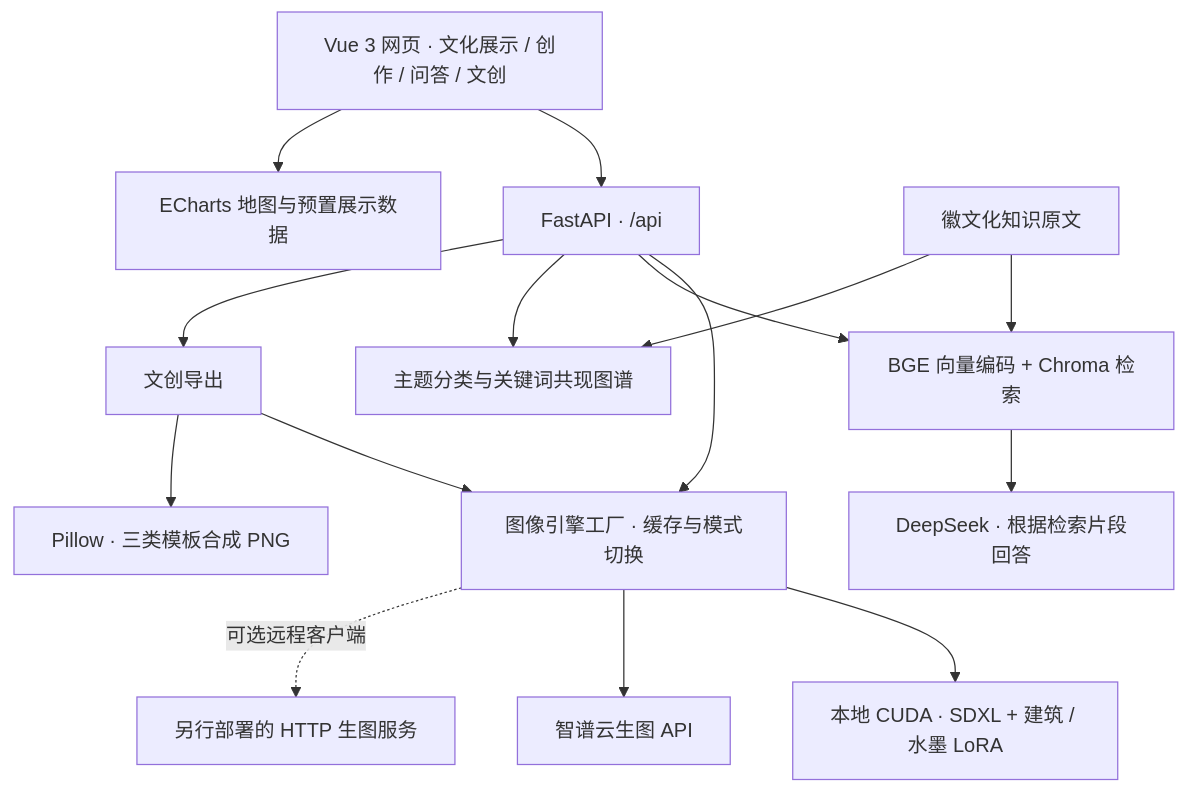
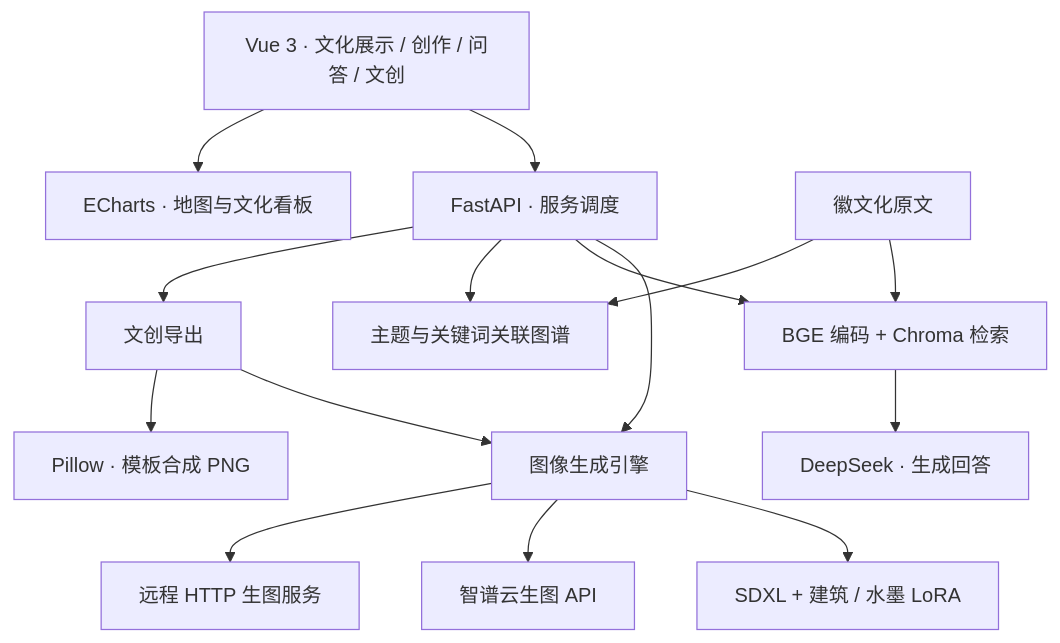
Before and after one commit to shijiu0121/moyunhuizhou: the diagram in README.md, drawn with Mermaid. The commit also changed other lines of this file and 40 other files, not shown here.

````diff
--- a/README.md
+++ b/README.md
@@ -90,17 +91,17 @@
 ```mermaid
 flowchart TB
-    Browser["Vue 3 网页 · 文化展示 / 创作 / 问答 / 文创"] --> API["FastAPI · /api"]
-    Browser --> Static["ECharts 地图与预置展示数据"]
-    API --> Engine["图像引擎工厂 · 缓存与模式切换"]
-    Engine --> Local["本地 CUDA · SDXL + 建筑 / 水墨 LoRA"]
+    Browser["Vue 3 · 文化展示 / 创作 / 问答 / 文创"] --> API["FastAPI · 服务调度"]
+    Browser --> Visual["ECharts · 地图与文化看板"]
+    API --> Engine["图像生成引擎"]
+    Engine --> Local["SDXL + 建筑 / 水墨 LoRA"]
     Engine --> Cloud["智谱云生图 API"]
-    Engine -. 可选远程客户端 .-> Remote["另行部署的 HTTP 生图服务"]
-    API --> RAG["BGE 向量编码 + Chroma 检索"]
-    Texts["徽文化知识原文"] --> RAG
-    RAG --> LLM["DeepSeek · 根据检索片段回答"]
-    API --> Graph["主题分类与关键词共现图谱"]
+    Engine --> Remote["远程 HTTP 生图服务"]
+    API --> RAG["BGE 编码 + Chroma 检索"]
+    Texts["徽文化原文"] --> RAG
+    RAG --> LLM["DeepSeek · 生成回答"]
+    API --> Graph["主题与关键词关联图谱"]
     Texts --> Graph
     API --> Export["文创导出"]
     Export --> Engine
-    Export --> Pillow["Pillow · 三类模板合成 PNG"]
+    Export --> Pillow["Pillow · 模板合成 PNG"]
 ```
````
